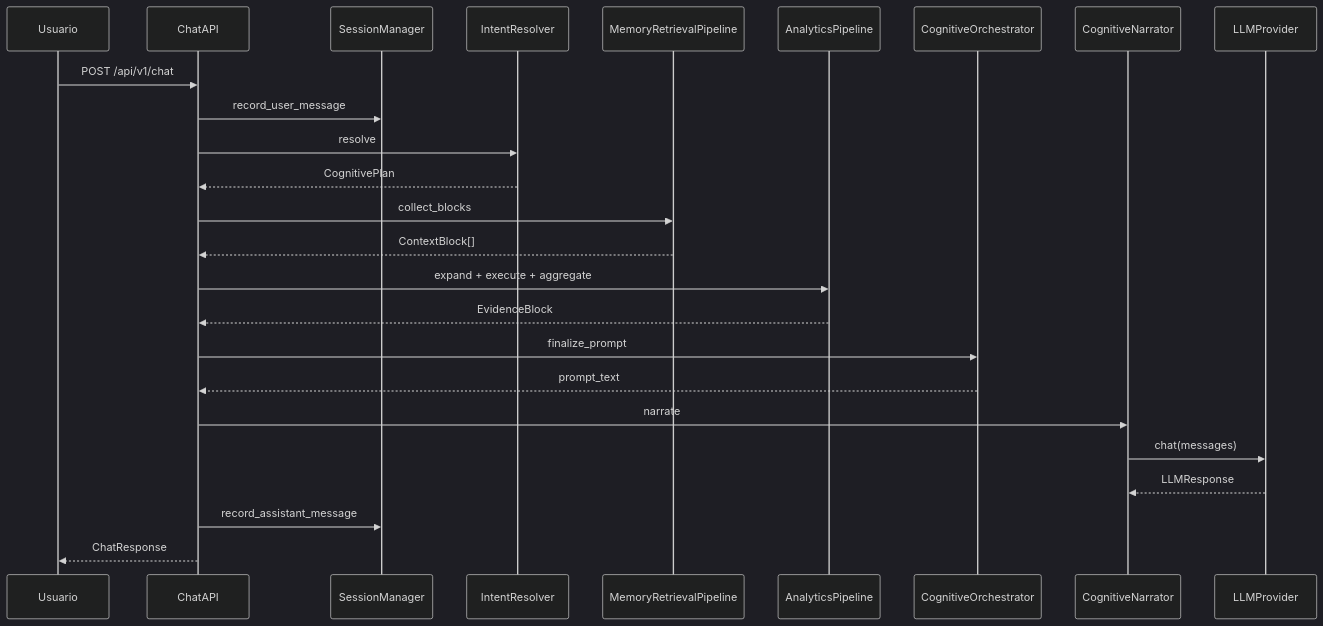
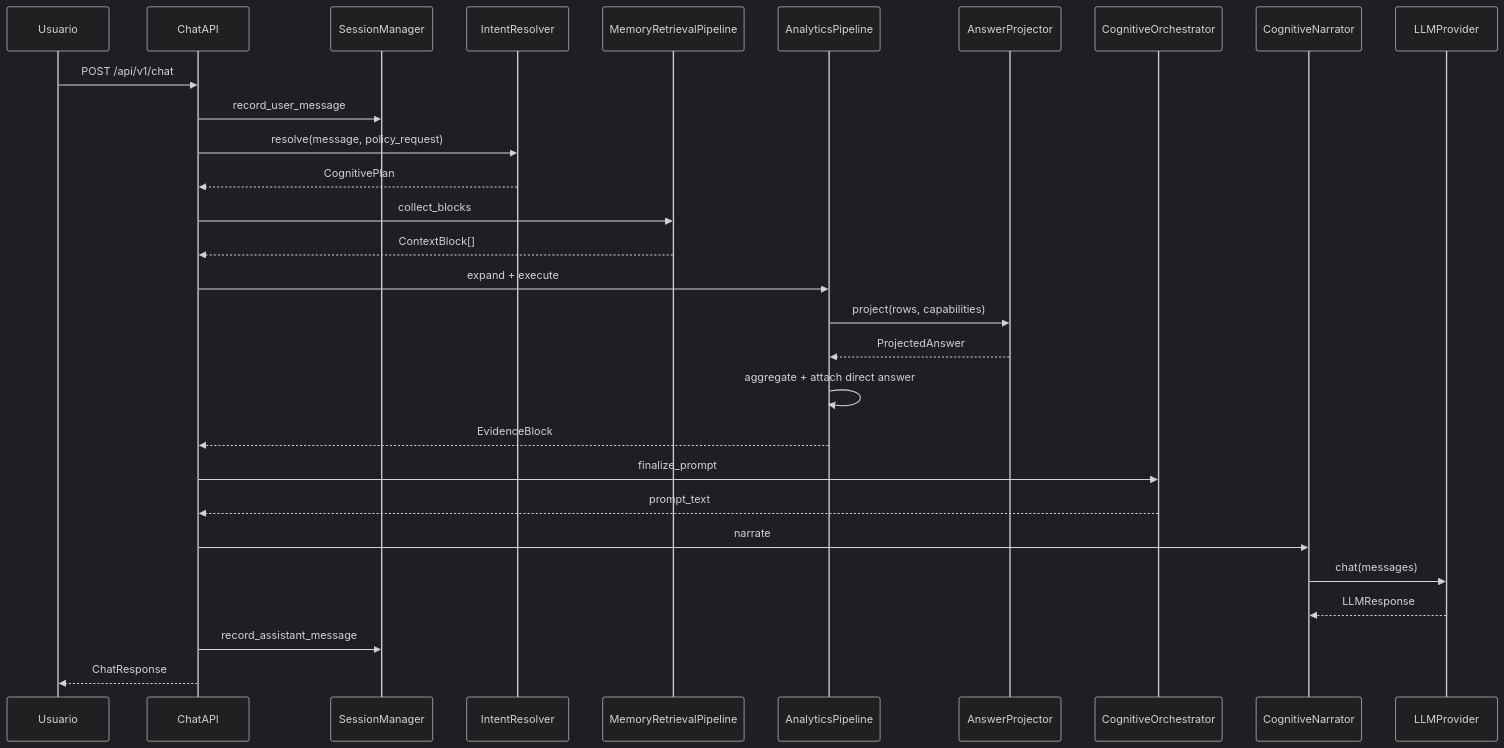
The second of 15 diagrams in orion_mcp_v3/docs/architecture/ANALISE_ARQUITETURAL_SENIOR.md (cristianosantana/jupter_notebook), drawn with Mermaid (dark theme) before and after one commit. The commit also changed other lines of this file and 11 other files, not shown here.

````diff
--- a/orion_mcp_v3/docs/architecture/ANALISE_ARQUITETURAL_SENIOR.md
+++ b/orion_mcp_v3/docs/architecture/ANALISE_ARQUITETURAL_SENIOR.md
@@ -215,28 +234,32 @@
 ```mermaid
 sequenceDiagram
     participant U as Usuario
     participant API as ChatAPI
     participant SM as SessionManager
     participant IR as IntentResolver
     participant MEM as MemoryRetrievalPipeline
     participant ANA as AnalyticsPipeline
+    participant AP as AnswerProjector
     participant ORCH as CognitiveOrchestrator
     participant NAR as CognitiveNarrator
     participant LLM as LLMProvider
 
     U->>API: POST /api/v1/chat
     API->>SM: record_user_message
-    API->>IR: resolve
+    API->>IR: resolve(message, policy_request)
     IR-->>API: CognitivePlan
     API->>MEM: collect_blocks
     MEM-->>API: ContextBlock[]
-    API->>ANA: expand + execute + aggregate
+    API->>ANA: expand + execute
+    ANA->>AP: project(rows, capabilities)
+    AP-->>ANA: ProjectedAnswer
+    ANA->>ANA: aggregate + attach direct answer
     ANA-->>API: EvidenceBlock
     API->>ORCH: finalize_prompt
     ORCH-->>API: prompt_text
     API->>NAR: narrate
     NAR->>LLM: chat(messages)
     LLM-->>NAR: LLMResponse
     API->>SM: record_assistant_message
     API-->>U: ChatResponse
 ```
````
